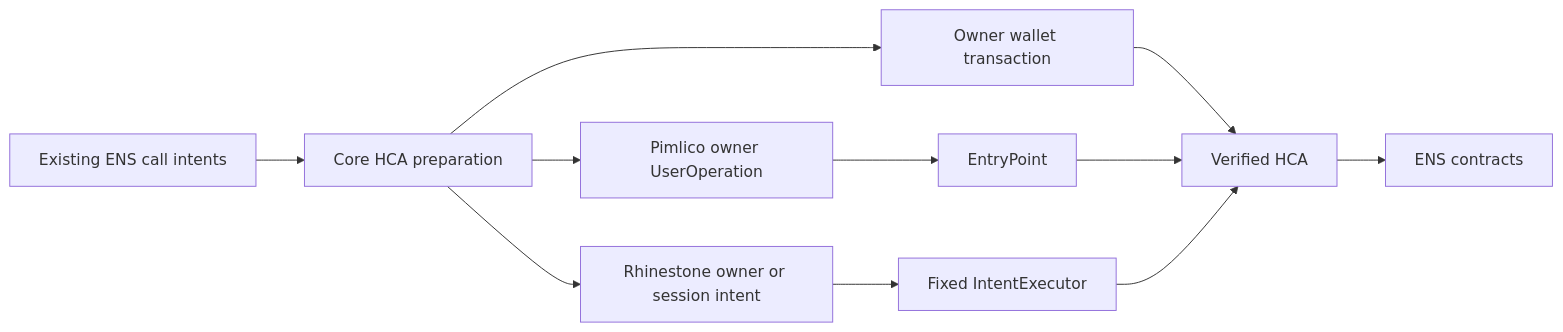
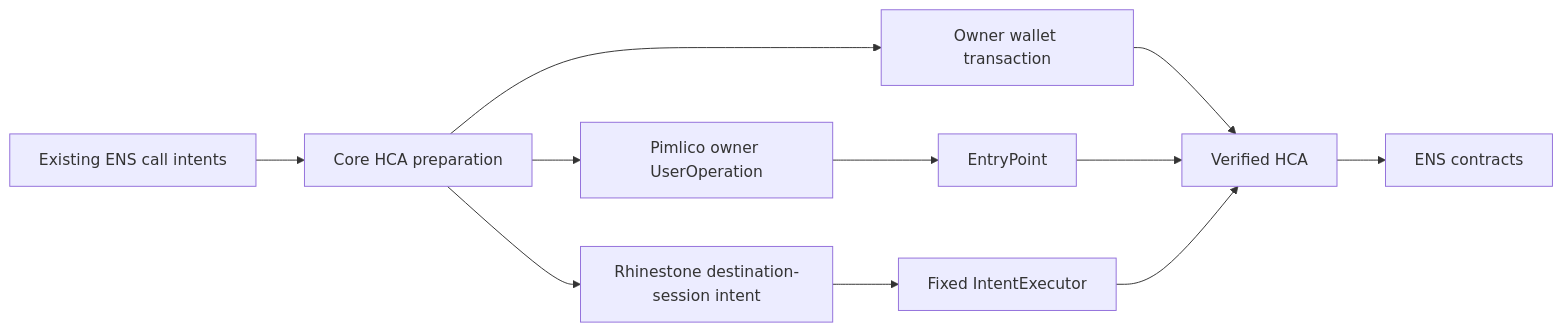
Before and after one commit to envoy1084/ensforge-deploy: the diagram in research/hca-integration.md, drawn with Mermaid. The commit also changed other lines of this file and 55 other files, not shown here.

Commit message:
feat(hca): add Rhinestone destination sessions

````diff
--- a/research/hca-integration.md
+++ b/research/hca-integration.md
@@ -129,13 +129,13 @@
 ```mermaid
 flowchart LR
   Calls[Existing ENS call intents] --> Prepare[Core HCA preparation]
   Prepare --> Wallet[Owner wallet transaction]
   Prepare --> Pimlico[Pimlico owner UserOperation]
-  Prepare --> Rhinestone[Rhinestone owner or session intent]
+  Prepare --> Rhinestone[Rhinestone destination-session intent]
   Wallet --> HCA[Verified HCA]
   Pimlico --> EP[EntryPoint]
   EP --> HCA
   Rhinestone --> Executor[Fixed IntentExecutor]
   Executor --> HCA
   HCA --> ENS[ENS contracts]
 ```
````
